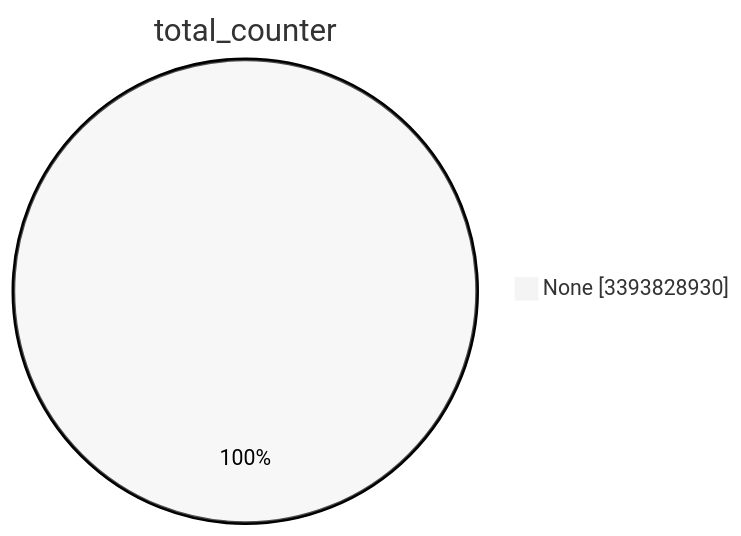
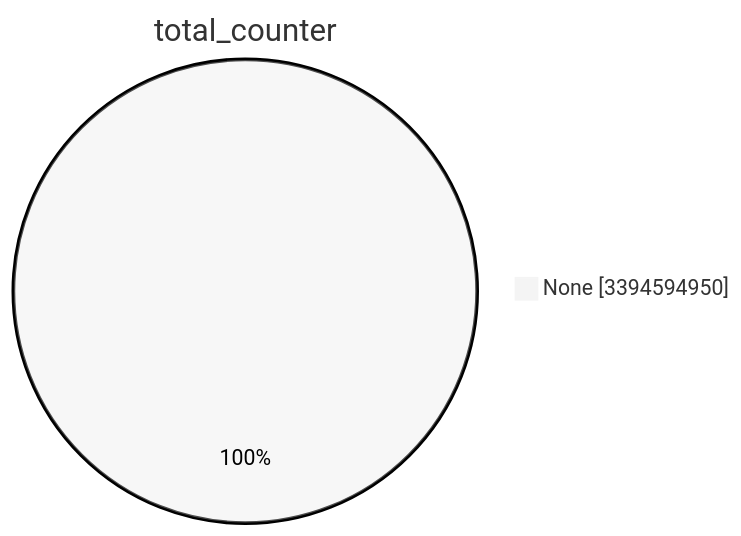
The first of 15 diagrams in TOTAL/README.md (christiankrug/ctmonitor_visualization), drawn with Mermaid (neutral theme) before and after one commit. The commit also changed other lines of this file, not shown here.

````diff
--- a/TOTAL/README.md
+++ b/TOTAL/README.md
@@ -1,5 +1,5 @@
 ```mermaid
 pie showData
 title total_counter
-"None" :3393828930
+"None" :3394594950
 ```
````
